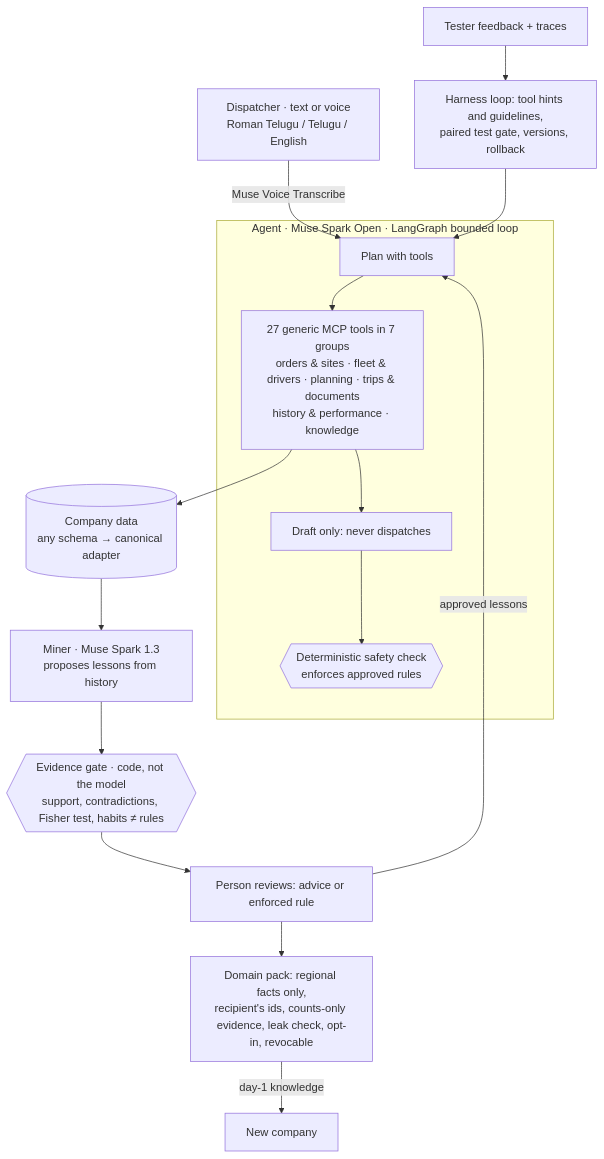
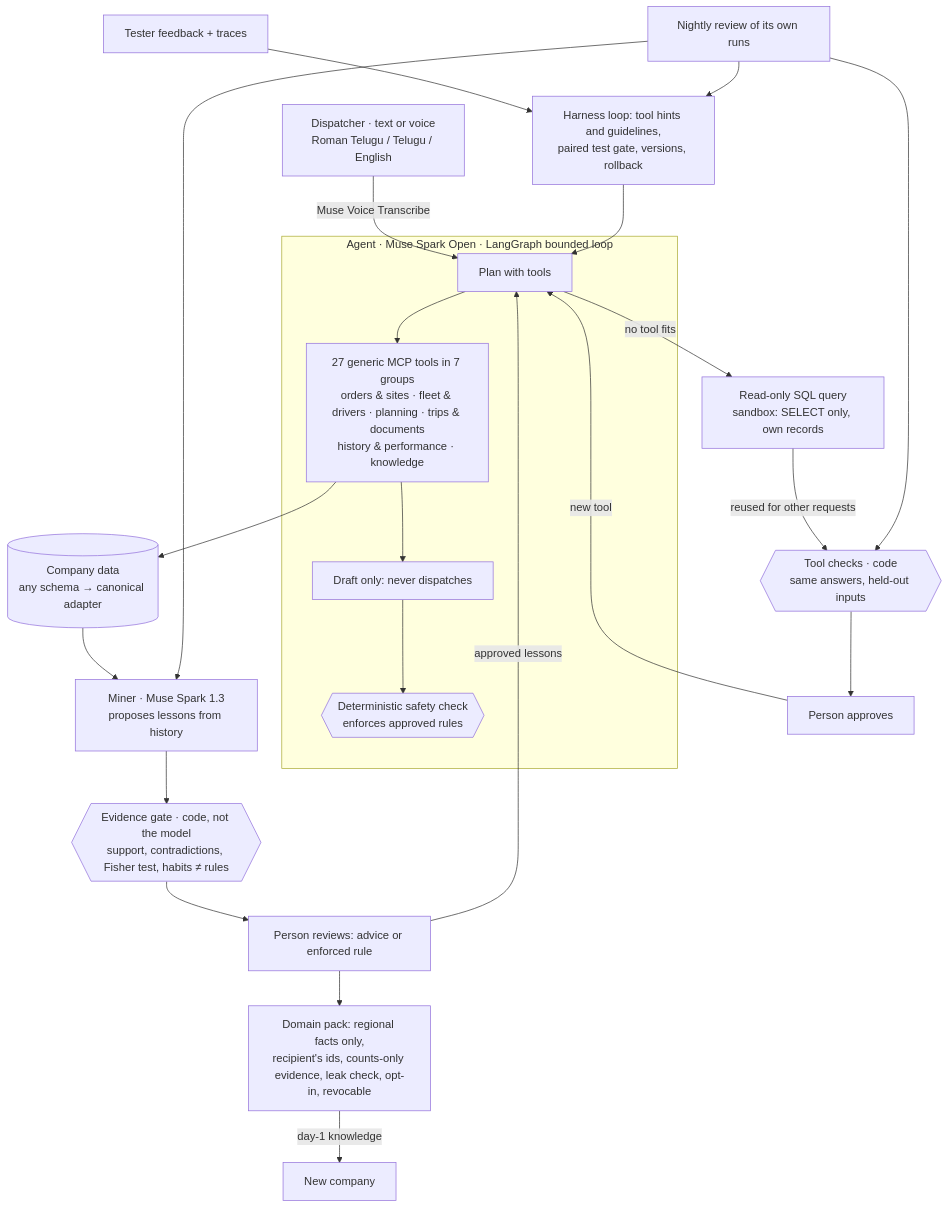
The diagram in README.md (prashanth-ds-ml/anubhav), drawn with Mermaid before and after one commit. The commit also changed other lines of this file, not shown here.

Commit message:
README: new tools, the nightly review and the business profile in How it works and Try it; 335 tests; commands for EXP-011R, EXP-012 and the review

````diff
--- a/README.md
+++ b/README.md
@@ -57,17 +57,22 @@
 ```mermaid
 flowchart TB
   U["Dispatcher · text or voice<br/>Roman Telugu / Telugu / English"] -->|Muse Voice Transcribe| A
   subgraph Agent["Agent · Muse Spark Open · LangGraph bounded loop"]
     A[Plan with tools] --> T[27 generic MCP tools in 7 groups<br/>orders & sites · fleet & drivers · planning · trips & documents<br/>history & performance · knowledge]
     T --> D[Draft only: never dispatches]
     D --> V{{Deterministic safety check<br/>enforces approved rules}}
   end
   T --> DB[(Company data<br/>any schema → canonical adapter)]
   DB --> M["Miner · Muse Spark 1.3<br/>proposes lessons from history"]
   M --> G{{Evidence gate · code, not the model<br/>support, contradictions, Fisher test, habits ≠ rules}}
   G --> R[Person reviews: advice or enforced rule]
   R -->|approved lessons| A
   R --> P[Domain pack: regional facts only,<br/>recipient's ids, counts-only evidence, leak check, opt-in, revocable]
   P -->|day-1 knowledge| N[New company]
   F[Tester feedback + traces] --> H[Harness loop: tool hints and guidelines,<br/>paired test gate, versions, rollback] --> A
+  A -->|no tool fits| Q[Read-only SQL query<br/>sandbox: SELECT only, own records]
+  Q -->|reused for other requests| NT{{Tool checks · code<br/>same answers, held-out inputs}} --> R2[Person approves] -->|new tool| A
+  NR[Nightly review of its own runs] --> H
+  NR --> M
+  NR --> NT
 ```
````
